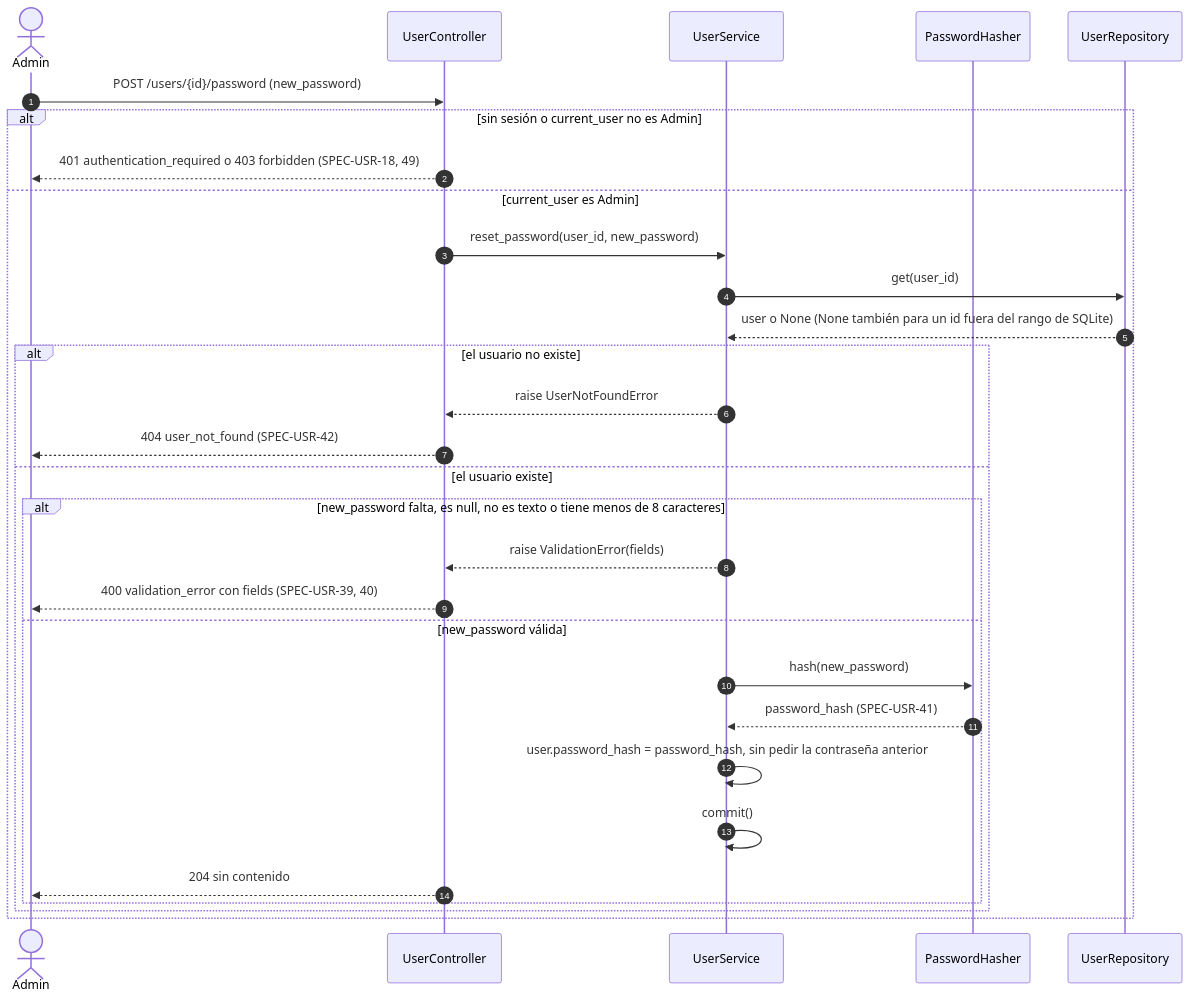
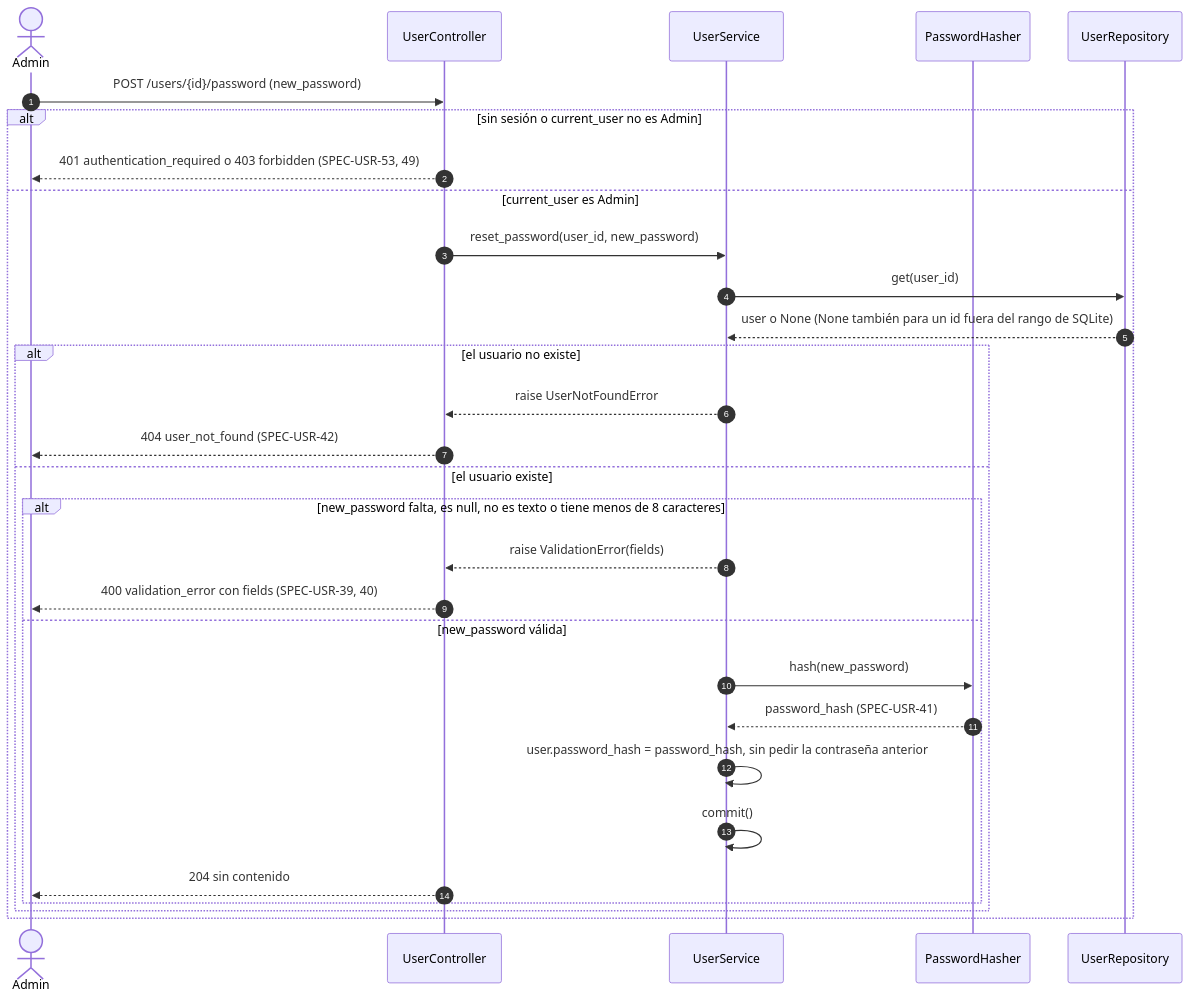
Before and after one commit to Diazfe-dev/AyED-III-python-ticket-service: the eighth of 9 diagrams in diagrams/sequences/01-users.md, drawn with Mermaid. The commit also changed other lines of this file and 2 other files, not shown here.

Commit message:
docs(diagrams): user creation by representatives (T-USR-61)

````diff
--- a/diagrams/sequences/01-users.md
+++ b/diagrams/sequences/01-users.md
@@ -263,33 +269,33 @@
 ```mermaid
 sequenceDiagram
     autonumber
     actor Admin
     participant UC as UserController
     participant US as UserService
     participant H as PasswordHasher
     participant UR as UserRepository
 
     Admin->>UC: POST /users/{id}/password (new_password)
     alt sin sesión o current_user no es Admin
-        UC-->>Admin: 401 authentication_required o 403 forbidden (SPEC-USR-18, 49)
+        UC-->>Admin: 401 authentication_required o 403 forbidden (SPEC-USR-53, 49)
     else current_user es Admin
         UC->>US: reset_password(user_id, new_password)
         US->>UR: get(user_id)
         UR-->>US: user o None (None también para un id fuera del rango de SQLite)
         alt el usuario no existe
             US-->>UC: raise UserNotFoundError
             UC-->>Admin: 404 user_not_found (SPEC-USR-42)
         else el usuario existe
             alt new_password falta, es null, no es texto o tiene menos de 8 caracteres
                 US-->>UC: raise ValidationError(fields)
                 UC-->>Admin: 400 validation_error con fields (SPEC-USR-39, 40)
             else new_password válida
                 US->>H: hash(new_password)
                 H-->>US: password_hash (SPEC-USR-41)
                 US->>US: user.password_hash = password_hash, sin pedir la contraseña anterior
                 US->>US: commit()
                 UC-->>Admin: 204 sin contenido
             end
         end
     end
 ```
````
